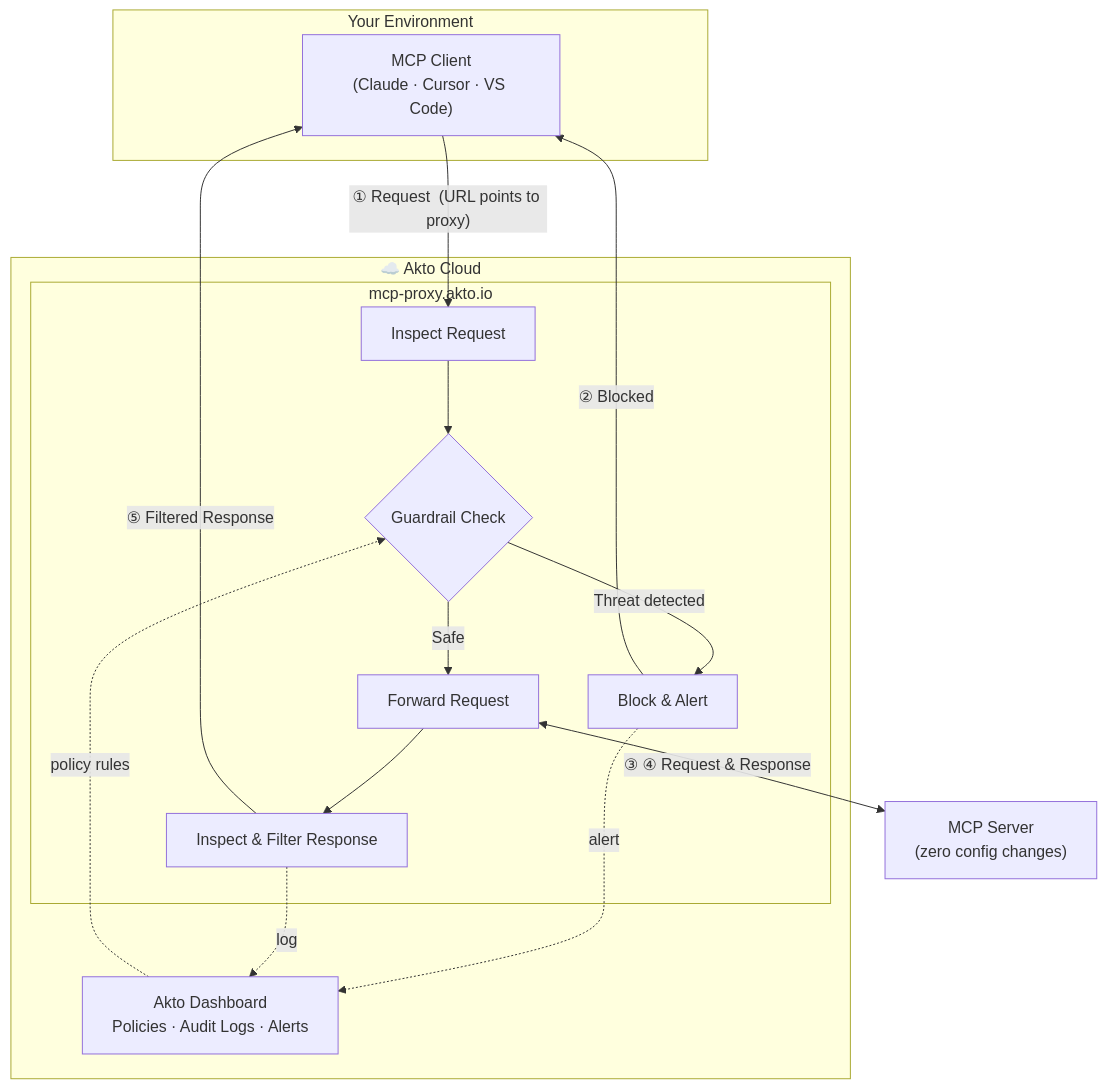
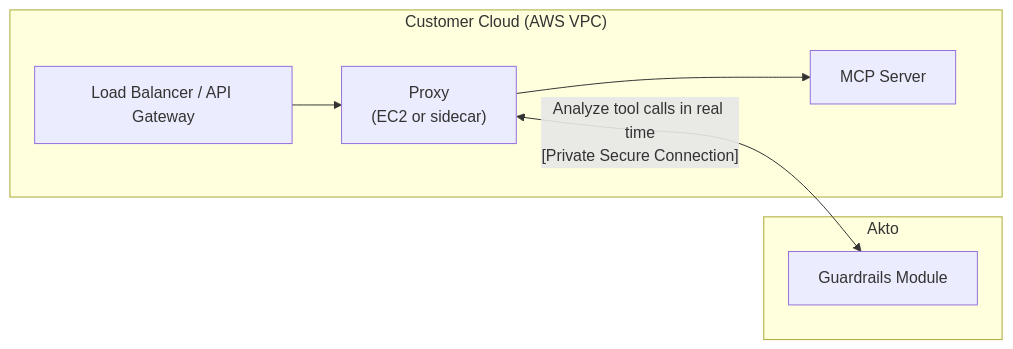
One commit to akto-api-security/Documentation changed the second of 2 diagrams in agentic-guardrails/overview/akto-mcp-proxy.md. Above: the diagram before and after it, drawn with Mermaid.

Commit message:
simplified diagram further

````diff
--- a/agentic-guardrails/overview/akto-mcp-proxy.md
+++ b/agentic-guardrails/overview/akto-mcp-proxy.md
@@ -36,33 +36,17 @@
 ```mermaid
-flowchart TB
-    subgraph dev["Your Environment"]
-        client["MCP Client\n(Claude · Cursor · VS Code)"]
+flowchart LR
+    subgraph akto["Akto"]
+        guardrails["Guardrails Module"]
     end
 
-    subgraph akto["☁️ Akto Cloud"]
-        subgraph proxy["mcp-proxy.akto.io"]
-            req["Inspect Request"]
-            decision{"Guardrail Check"}
-            block["Block & Alert"]
-            fwd["Forward Request"]
-            res["Inspect & Filter Response"]
+    subgraph vpc["Customer Cloud  (AWS VPC)"]
+        lb["Load Balancer / API Gateway"]
+        proxy["Proxy\n(EC2 or sidecar)"]
+        mcp["MCP Server"]
 
-            req --> decision
-            decision -- "Threat detected" --> block
-            decision -- "Safe" --> fwd
-            fwd --> res
-        end
-
-        dash["Akto Dashboard\nPolicies · Audit Logs · Alerts"]
-        dash -.->|"policy rules"| decision
-        block -.->|"alert"| dash
-        res -.->|"log"| dash
+        lb --> proxy
+        proxy --> mcp
     end
 
-    mcp["MCP Server\n(zero config changes)"]
-
-    client -->|"① Request  (URL points to proxy)"| req
-    block -->|"② Blocked"| client
-    fwd <-->|"③ ④  Request & Response"| mcp
-    res -->|"⑤ Filtered Response"| client
+    proxy <-->|"Analyze tool calls in real time\n[Private Secure Connection]"| guardrails
 ```
````
